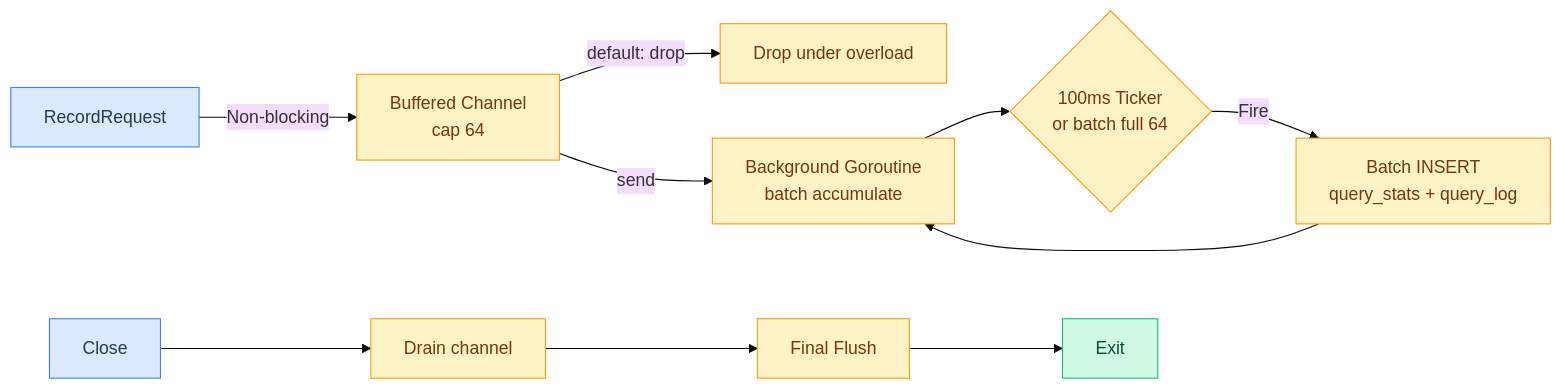
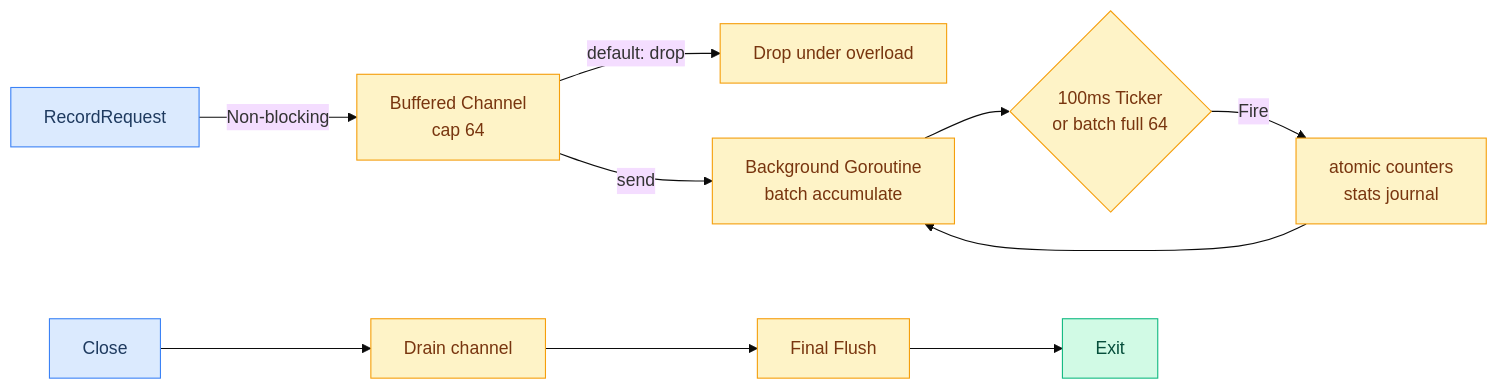
Before and after one commit to hezhijie0327/ZJDNS: diagram 28 of 28 in docs/FLOWCHARTS.md, drawn with Mermaid (base theme). The commit also changed other lines of this file and 33 other files, not shown here.

````diff
--- a/docs/FLOWCHARTS.md
+++ b/docs/FLOWCHARTS.md
@@ -752,18 +751,18 @@
 ```mermaid
 graph LR
     REQ[RecordRequest] -->|Non-blocking| CH[Buffered Channel<br/>cap 64]
     CH -->|default: drop| DROP[Drop under overload]
     CH -->|send| BG[Background Goroutine<br/>batch accumulate]
     BG --> TICKER{100ms Ticker<br/>or batch full 64}
-    TICKER -->|Fire| FLUSH[Batch INSERT<br/>query_stats + query_log]
+    TICKER -->|Fire| FLUSH[atomic counters<br/>stats journal]
     FLUSH --> BG
     CLOSE[Close] --> DRAIN[Drain channel]
     DRAIN --> FLUSHLAST[Final Flush]
     FLUSHLAST --> DONE[Exit]
     classDef io fill:#dbeafe,stroke:#3b82f6,color:#1e3a5f
     classDef proc fill:#fef3c7,stroke:#f59e0b,color:#78350f
     classDef done fill:#d1fae5,stroke:#10b981,color:#064e3b
     class REQ,CLOSE io
     class CH,DROP,BG,TICKER,FLUSH,DRAIN,FLUSHLAST proc
     class DONE done
 ```
````
